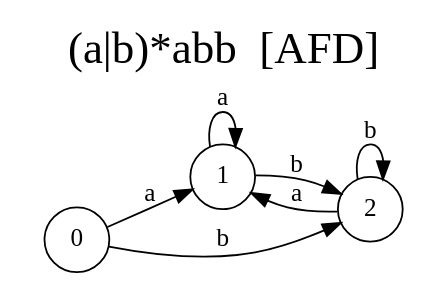
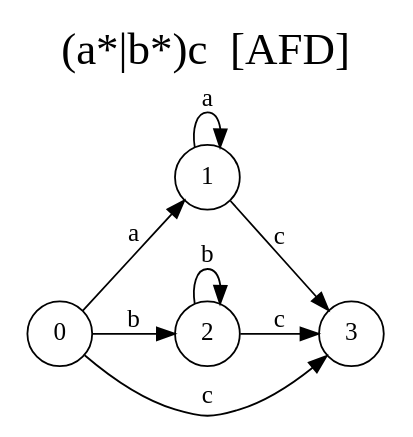
The diagram in docs/automataAFD.dot (CrisLayB/ProgrammingLanguageDesign), drawn with Graphviz before and after one commit. The commit also changed 10 other files, not shown here.

```diff
--- a/docs/automataAFD.dot
+++ b/docs/automataAFD.dot
@@ -1,17 +1,18 @@
 digraph "Resultado Automata AFD" {
-	label = "(a|b)*abb  [AFD]"
+	label = "(a*|b*)c  [AFD]"
 	labelloc  =  t
 	fontsize  = 25
 	rankdir=LR size="8,5"
 	node [shape=doublecircle]
 	node [shape=circle]
 	0
 	node [shape=none]
 	node [shape=circle]
 	0 -> 1[label="a"]
 	0 -> 2[label="b"]
-	2 -> 1[label="a"]
+	0 -> 3[label="c"]
 	2 -> 2[label="b"]
+	2 -> 3[label="c"]
 	1 -> 1[label="a"]
-	1 -> 2[label="b"]
+	1 -> 3[label="c"]
 }
```
